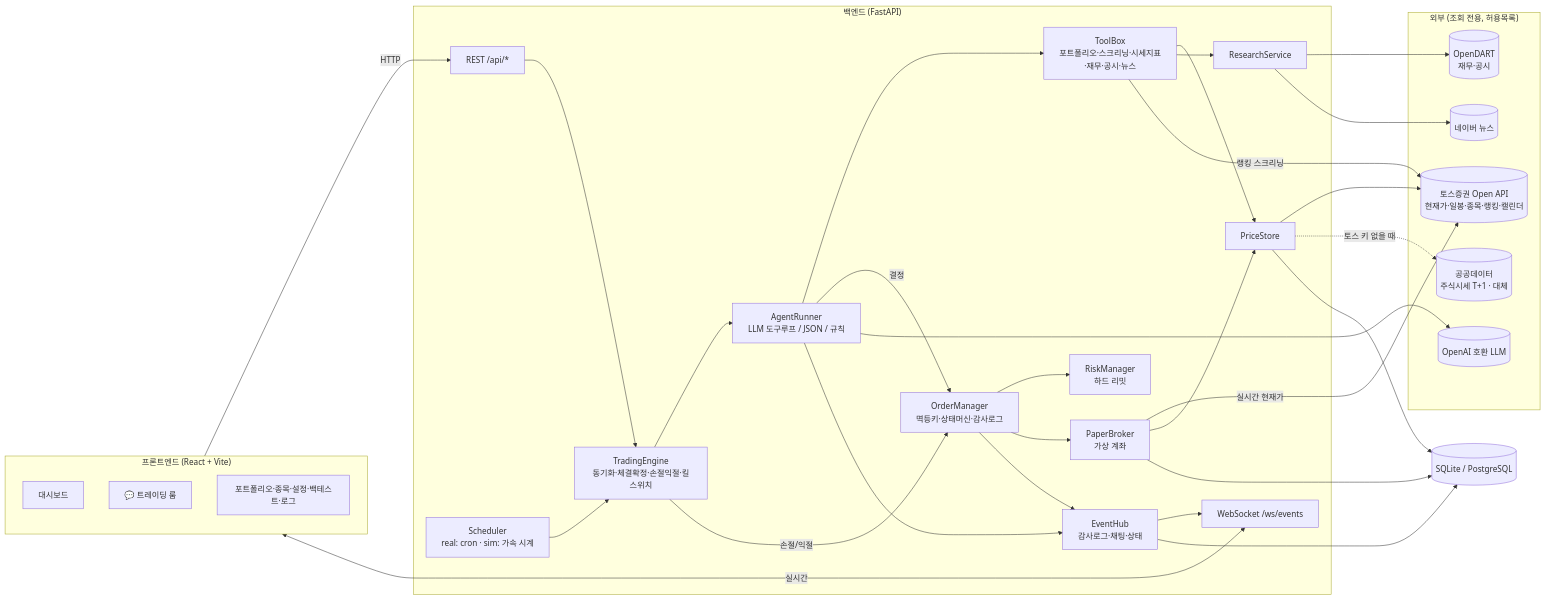
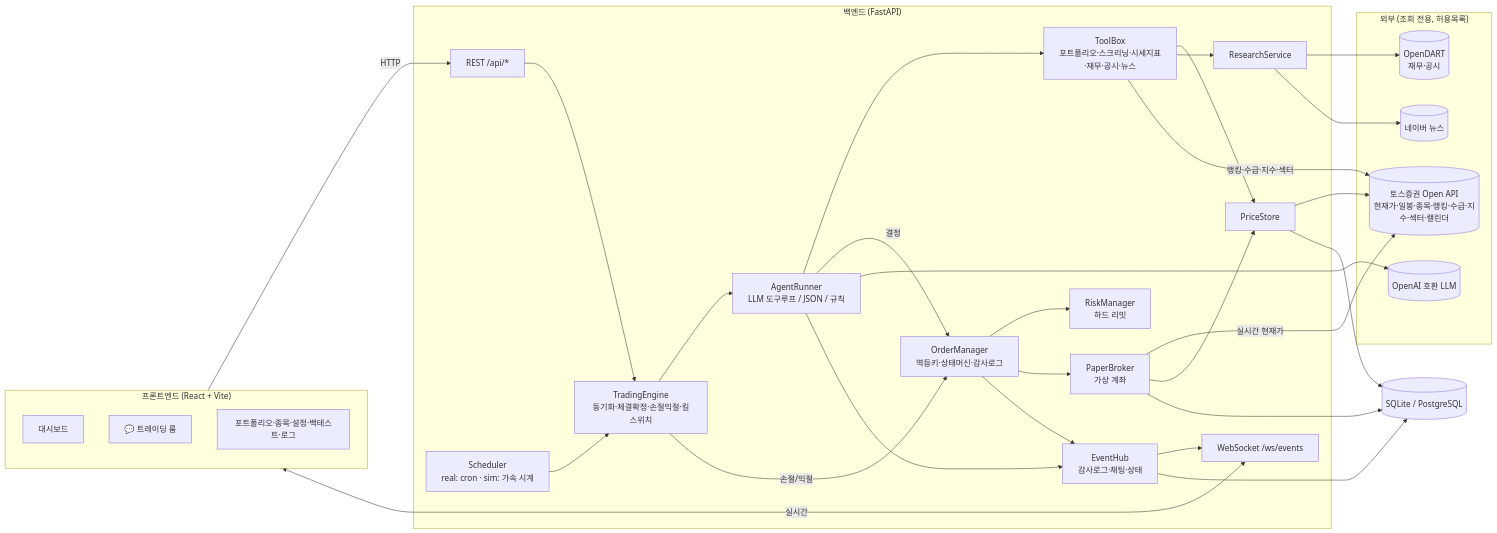
The first of 4 diagrams in docs/ARCHITECTURE.md (CodeofO/autonomous-trading-agent), drawn with Mermaid before and after one commit. The commit also changed other lines of this file and 40 other files, not shown here.

````diff
--- a/docs/ARCHITECTURE.md
+++ b/docs/ARCHITECTURE.md
@@ -5,60 +5,58 @@
 ```mermaid
 flowchart LR
   subgraph UI["프론트엔드 (React + Vite)"]
     Dash[대시보드]
     Room[💬 트레이딩 룸]
     Pages[포트폴리오·종목·설정·백테스트·로그]
   end
 
   subgraph API["백엔드 (FastAPI)"]
     REST[REST /api/*]
     WS[WebSocket /ws/events]
     Sched[Scheduler<br/>real: cron · sim: 가속 시계]
     Engine[TradingEngine<br/>동기화·체결확정·손절익절·킬스위치]
     Agent[AgentRunner<br/>LLM 도구루프 / JSON / 규칙]
     Tools[ToolBox<br/>포트폴리오·스크리닝·시세지표·재무·공시·뉴스]
     Risk[RiskManager<br/>하드 리밋]
     OM[OrderManager<br/>멱등키·상태머신·감사로그]
     Broker[PaperBroker<br/>가상 계좌]
     Hub[EventHub<br/>감사로그·채팅·상태]
     Store[PriceStore]
     Research[ResearchService]
   end
 
   subgraph EXT["외부 (조회 전용, 허용목록)"]
-    TOSS[(토스증권 Open API<br/>현재가·일봉·종목·랭킹·캘린더)]
-    PD[(공공데이터<br/>주식시세 T+1 · 대체)]
+    TOSS[(토스증권 Open API<br/>현재가·일봉·종목·랭킹·수급·지수·섹터·캘린더)]
     DART[(OpenDART<br/>재무·공시)]
     NAVER[(네이버 뉴스)]
     LLM[(OpenAI 호환 LLM)]
   end
 
   DB[(SQLite / PostgreSQL)]
 
   UI -- HTTP --> REST
   UI <-- 실시간 --> WS
   Sched --> Engine
   REST --> Engine
   Engine --> Agent
   Agent --> Tools
   Agent -- 결정 --> OM
   Engine -- 손절/익절 --> OM
   OM --> Risk
   OM --> Broker
   Tools --> Store
   Tools --> Research
   Store --> TOSS
-  Store -.토스 키 없을 때.-> PD
   Broker -- 실시간 현재가 --> TOSS
-  Tools -- 랭킹 스크리닝 --> TOSS
+  Tools -- 랭킹·수급·지수·섹터 --> TOSS
   Research --> DART
   Research --> NAVER
   Agent --> LLM
   Broker --> Store
   OM --> Hub
   Agent --> Hub
   Hub --> WS
   Hub --> DB
   Broker --> DB
   Store --> DB
 ```
````
